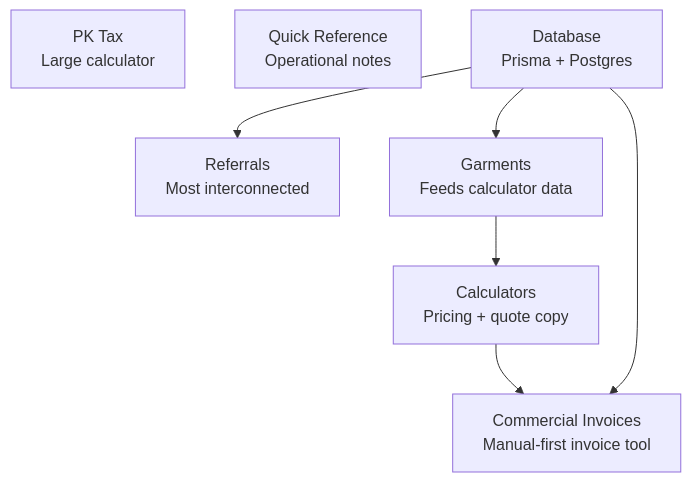
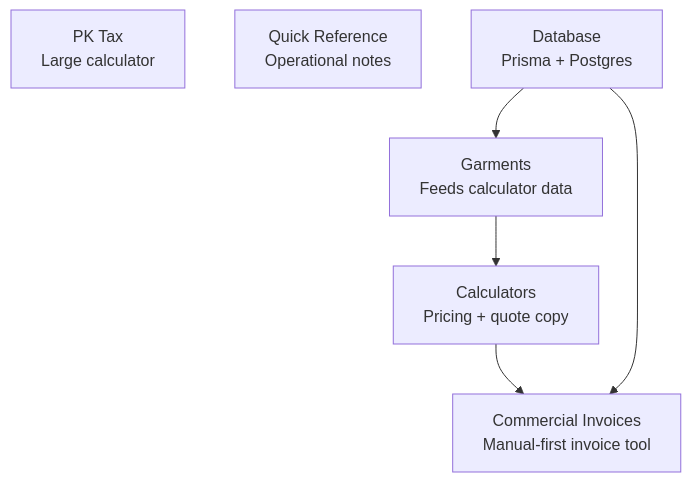
One commit to pinsandknucklesmerch/pins-hub-app changed the sixth of 6 diagrams in docs/ai-context/repo-visual-map.md. Above: the diagram before and after it, drawn with Mermaid. The commit also changed other lines of this file and 44 other files, not shown here.

````diff
--- a/docs/ai-context/repo-visual-map.md
+++ b/docs/ai-context/repo-visual-map.md
@@ -136,16 +117,14 @@
 ```mermaid
 flowchart TB
-  Referrals["Referrals<br/>Most interconnected"]
   PkTax["PK Tax<br/>Large calculator"]
   Calculators["Calculators<br/>Pricing + quote copy"]
   Garments["Garments<br/>Feeds calculator data"]
   Invoices["Commercial Invoices<br/>Manual-first invoice tool"]
   Reference["Quick Reference<br/>Operational notes"]
   Database["Database<br/>Prisma + Postgres"]
 
   Garments --> Calculators
   Calculators --> Invoices
   Database --> Garments
-  Database --> Referrals
   Database --> Invoices
 ```
````
